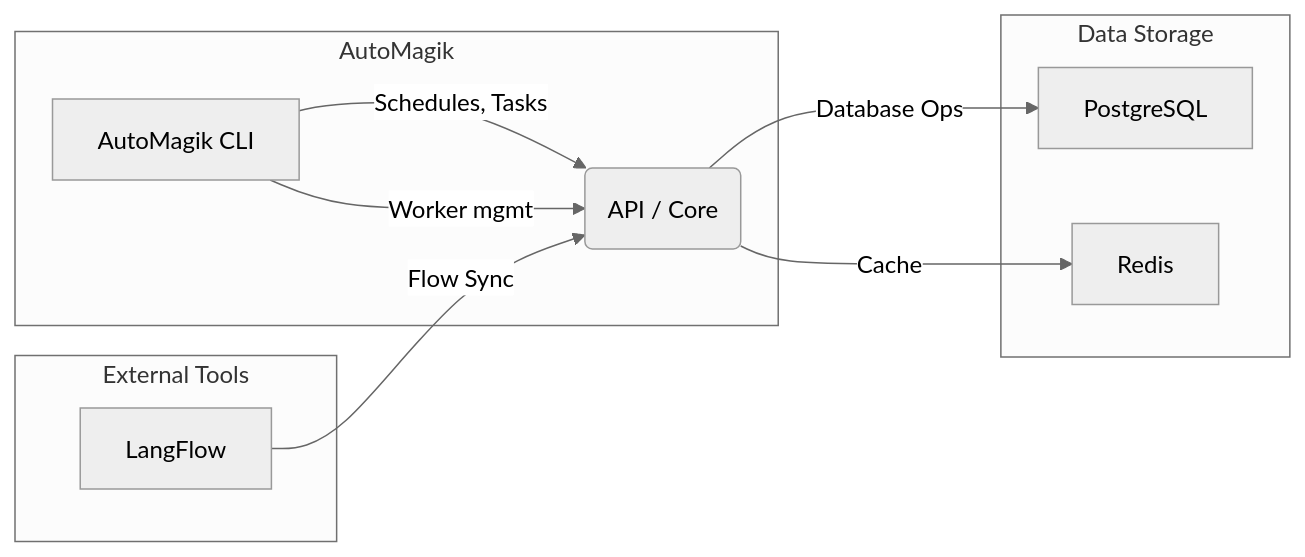
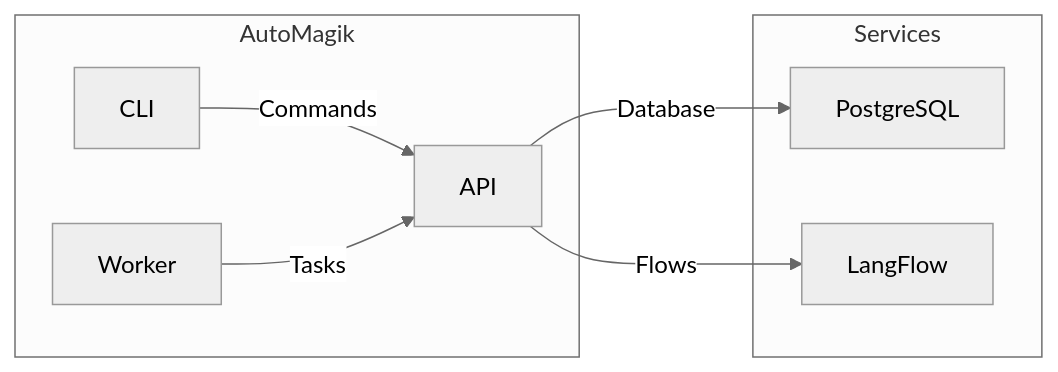
One commit to namastexlabs/automagik-spark changed the diagram in README.md. Above: the diagram before and after it, drawn with Mermaid (neutral theme). The commit also changed other lines of this file, not shown here.

````diff
--- a/README.md
+++ b/README.md
@@ -187,17 +105,12 @@
 ```mermaid
 flowchart LR
-    subgraph Data Storage
-      A[PostgreSQL] & B[Redis]
+    subgraph Services
+      A[PostgreSQL] & B[LangFlow]
     end
     subgraph AutoMagik
-      E[AutoMagik CLI] -- Schedules, Tasks --> D(API / Core)
-      D(API / Core) -- Database Ops --> A
-      D(API / Core) -- Cache --> B
-      E[AutoMagik CLI] -- Worker mgmt --> D(API / Core)
+      E[CLI] -- Commands --> D[API]
+      D -- Database --> A
+      D -- Flows --> B
+      F[Worker] -- Tasks --> D
     end
-    subgraph External Tools
-      C[LangFlow]
-    end
-    
-    C -- Flow Sync --> D
 ```
````
